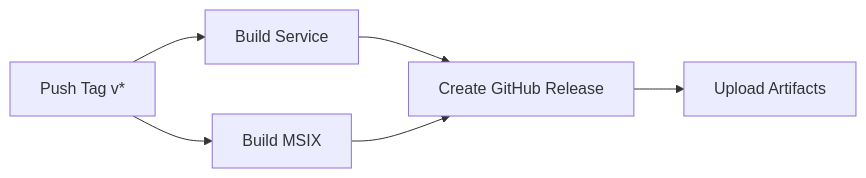
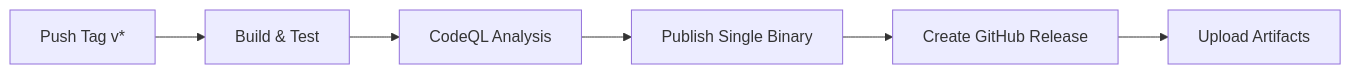
One commit to Yugicchi/TPFan-Win changed the diagram in RELEASE_PROCESS.md. Above: the diagram before and after it, drawn with Mermaid. The commit also changed other lines of this file and 4 other files, not shown here.

Commit message:
docs: update documentation for single-binary architecture, fix CodeQL CI

````diff
--- a/RELEASE_PROCESS.md
+++ b/RELEASE_PROCESS.md
@@ -59,8 +59,8 @@
 ```mermaid
 graph LR
-    A[Push Tag v*] --> B[Build Service]
-    A --> C[Build MSIX]
-    B --> D[Create GitHub Release]
-    C --> D
-    D --> E[Upload Artifacts]
+    A[Push Tag v*] --> B[Build & Test]
+    B --> C[CodeQL Analysis]
+    C --> D[Publish Single Binary]
+    D --> E[Create GitHub Release]
+    E --> F[Upload Artifacts]
 ```
````
